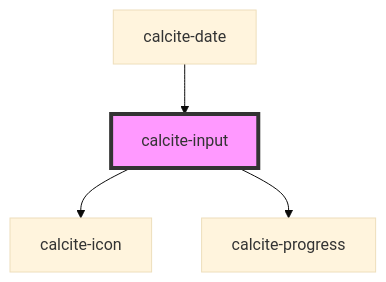
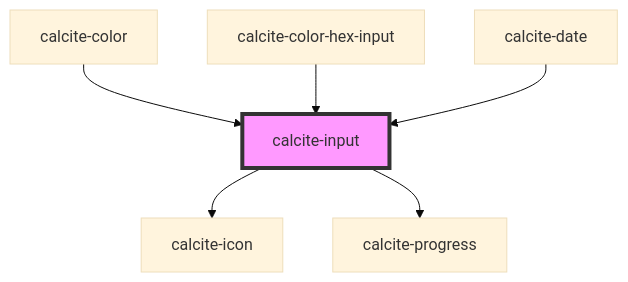
One commit to vikivakarvc/calcite-design-system changed the diagram in src/components/calcite-input/readme.md. Above: the diagram before and after it, drawn with Mermaid (base theme). The commit also changed other lines of this file and 9242 other files, not shown here.

````diff
--- a/src/components/calcite-input/readme.md
+++ b/src/components/calcite-input/readme.md
@@ -177,7 +184,9 @@
 ```mermaid
 graph TD;
   calcite-input --> calcite-icon
   calcite-input --> calcite-progress
+  calcite-color --> calcite-input
+  calcite-color-hex-input --> calcite-input
   calcite-date --> calcite-input
   style calcite-input fill:#f9f,stroke:#333,stroke-width:4px
 ```
````
